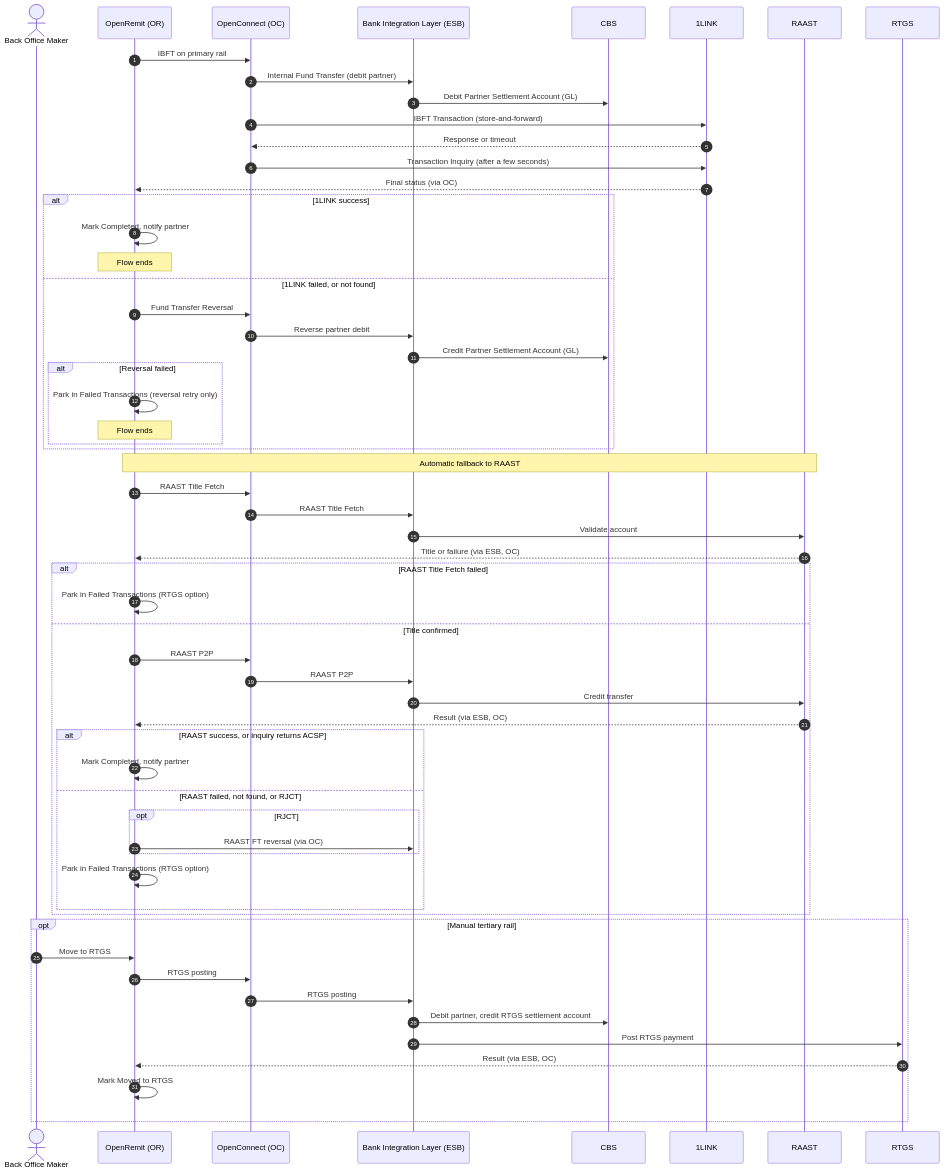
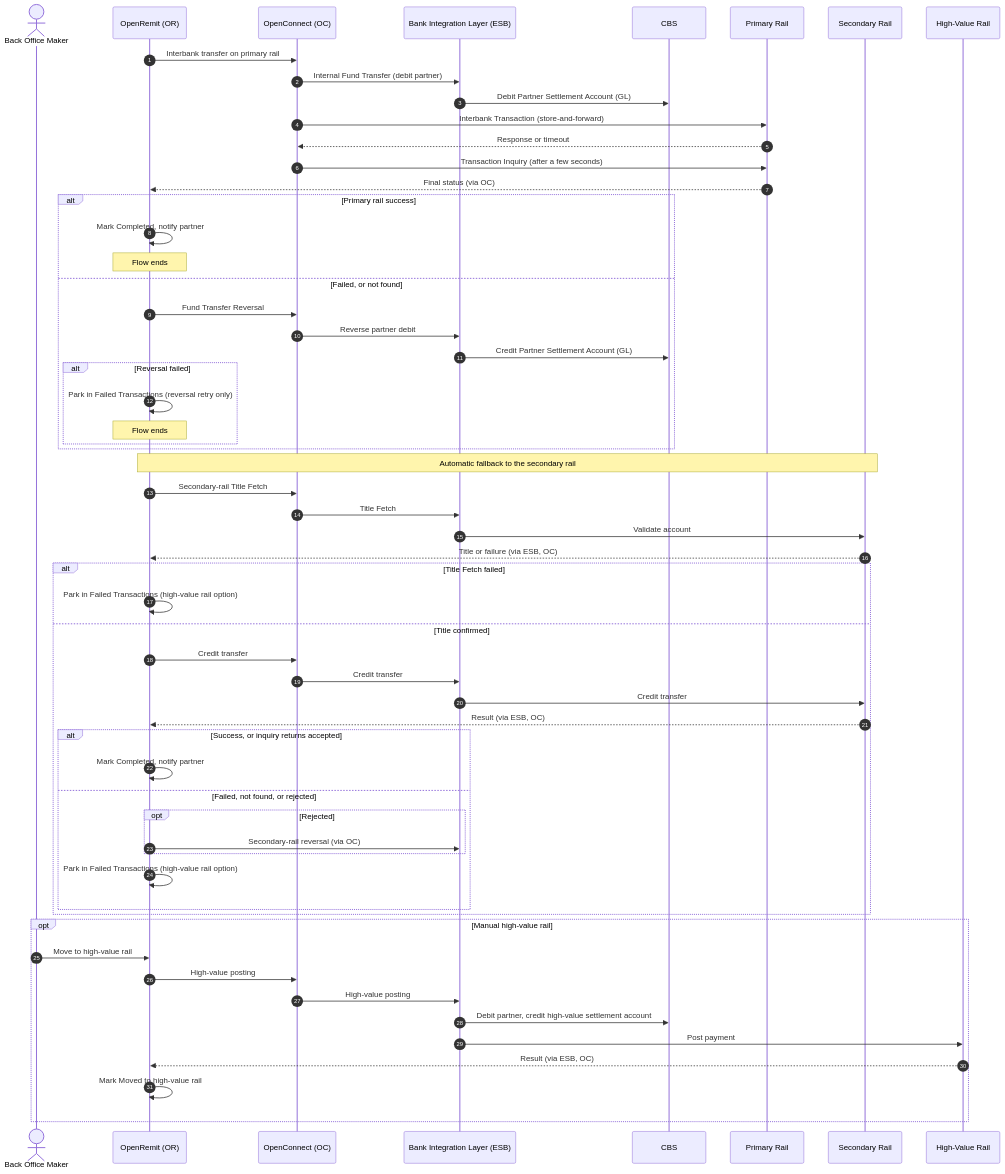
The second of 2 diagrams in docs/features/financial/ibft-rail-fallback.md (paysyslab/OpenRemit), drawn with Mermaid before and after one commit. The commit also changed other lines of this file and 38 other files, not shown here.

````diff
--- a/docs/features/financial/ibft-rail-fallback.md
+++ b/docs/features/financial/ibft-rail-fallback.md
@@ -126,64 +130,64 @@
 ```mermaid
 sequenceDiagram
     autonumber
     actor BOM as Back Office Maker
     participant OR as OpenRemit (OR)
     participant OC as OpenConnect (OC)
     participant ESB as Bank Integration Layer (ESB)
     participant CBS
-    participant L1 as 1LINK
-    participant RA as RAAST
-    participant RT as RTGS
+    participant PR as Primary Rail
+    participant SR as Secondary Rail
+    participant HV as High-Value Rail
 
-    OR->>OC: IBFT on primary rail
+    OR->>OC: Interbank transfer on primary rail
     OC->>ESB: Internal Fund Transfer (debit partner)
     ESB->>CBS: Debit Partner Settlement Account (GL)
-    OC->>L1: IBFT Transaction (store-and-forward)
-    L1-->>OC: Response or timeout
-    OC->>L1: Transaction Inquiry (after a few seconds)
-    L1-->>OR: Final status (via OC)
-    alt 1LINK success
+    OC->>PR: Interbank Transaction (store-and-forward)
+    PR-->>OC: Response or timeout
+    OC->>PR: Transaction Inquiry (after a few seconds)
+    PR-->>OR: Final status (via OC)
+    alt Primary rail success
         OR->>OR: Mark Completed, notify partner
         Note over OR: Flow ends
-    else 1LINK failed, or not found
+    else Failed, or not found
         OR->>OC: Fund Transfer Reversal
         OC->>ESB: Reverse partner debit
         ESB->>CBS: Credit Partner Settlement Account (GL)
         alt Reversal failed
             OR->>OR: Park in Failed Transactions (reversal retry only)
             Note over OR: Flow ends
         end
     end
 
-    Note over OR,RA: Automatic fallback to RAAST
-    OR->>OC: RAAST Title Fetch
-    OC->>ESB: RAAST Title Fetch
-    ESB->>RA: Validate account
-    RA-->>OR: Title or failure (via ESB, OC)
-    alt RAAST Title Fetch failed
-        OR->>OR: Park in Failed Transactions (RTGS option)
+    Note over OR,SR: Automatic fallback to the secondary rail
+    OR->>OC: Secondary-rail Title Fetch
+    OC->>ESB: Title Fetch
+    ESB->>SR: Validate account
+    SR-->>OR: Title or failure (via ESB, OC)
+    alt Title Fetch failed
+        OR->>OR: Park in Failed Transactions (high-value rail option)
     else Title confirmed
-        OR->>OC: RAAST P2P
-        OC->>ESB: RAAST P2P
-        ESB->>RA: Credit transfer
-        RA-->>OR: Result (via ESB, OC)
-        alt RAAST success, or inquiry returns ACSP
+        OR->>OC: Credit transfer
+        OC->>ESB: Credit transfer
+        ESB->>SR: Credit transfer
+        SR-->>OR: Result (via ESB, OC)
+        alt Success, or inquiry returns accepted
             OR->>OR: Mark Completed, notify partner
-        else RAAST failed, not found, or RJCT
-            opt RJCT
-                OR->>ESB: RAAST FT reversal (via OC)
+        else Failed, not found, or rejected
+            opt Rejected
+                OR->>ESB: Secondary-rail reversal (via OC)
             end
-            OR->>OR: Park in Failed Transactions (RTGS option)
+            OR->>OR: Park in Failed Transactions (high-value rail option)
         end
     end
 
-    opt Manual tertiary rail
-        BOM->>OR: Move to RTGS
-        OR->>OC: RTGS posting
-        OC->>ESB: RTGS posting
-        ESB->>CBS: Debit partner, credit RTGS settlement account
-        ESB->>RT: Post RTGS payment
-        RT-->>OR: Result (via ESB, OC)
-        OR->>OR: Mark Moved to RTGS
+    opt Manual high-value rail
+        BOM->>OR: Move to high-value rail
+        OR->>OC: High-value posting
+        OC->>ESB: High-value posting
+        ESB->>CBS: Debit partner, credit high-value settlement account
+        ESB->>HV: Post payment
+        HV-->>OR: Result (via ESB, OC)
+        OR->>OR: Mark Moved to high-value rail
     end
 ```
````
